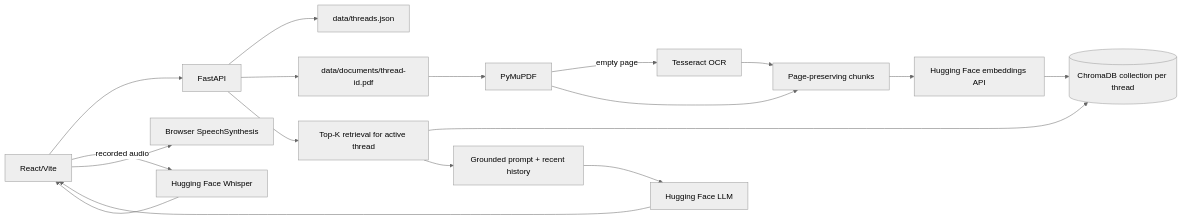
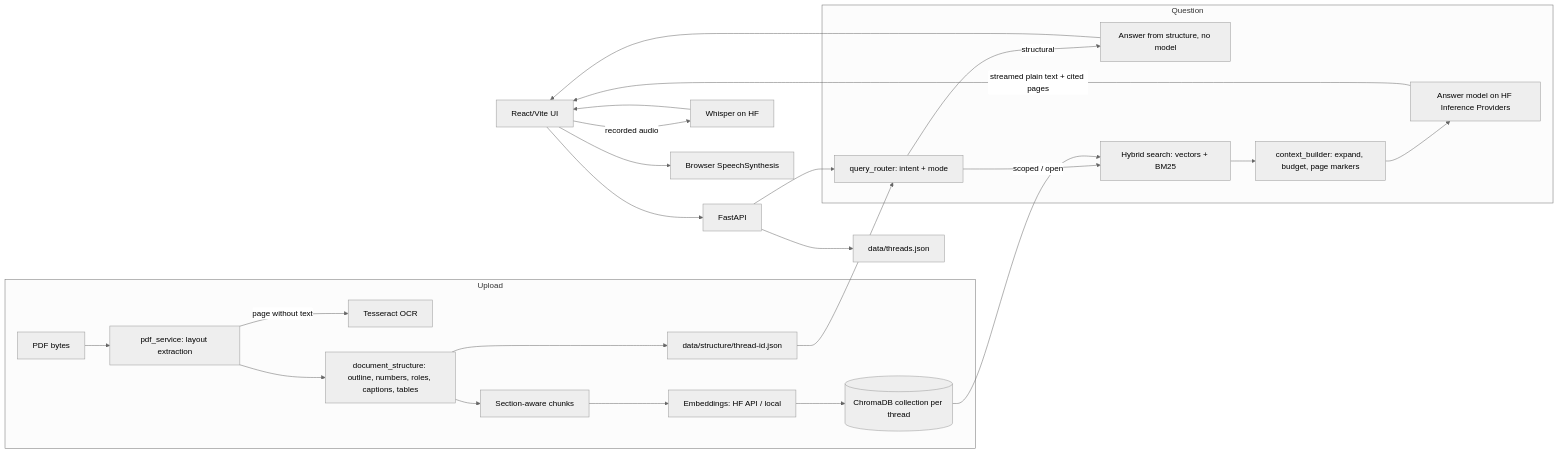
The diagram in docs/architecture.md (Devanshi-athena/PDF-RAG), drawn with Mermaid (neutral theme) before and after one commit. The commit also changed other lines of this file and 25 other files, not shown here.

````diff
--- a/docs/architecture.md
+++ b/docs/architecture.md
@@ -5,20 +5,31 @@
 ```mermaid
 flowchart LR
-    UI[React/Vite] --> API[FastAPI]
-    API --> META[data/threads.json]
-    API --> PDF[data/documents/thread-id.pdf]
-    PDF --> EXTRACT[PyMuPDF]
-    EXTRACT -->|empty page| OCR[Tesseract OCR]
-    EXTRACT --> CHUNK[Page-preserving chunks]
-    OCR --> CHUNK
-    CHUNK --> EMBED[Hugging Face embeddings API]
-    EMBED --> DB[(ChromaDB collection per thread)]
-    API --> RETRIEVE[Top-K retrieval for active thread]
-    RETRIEVE --> DB
-    RETRIEVE --> PROMPT[Grounded prompt + recent history]
-    PROMPT --> LLM[Hugging Face LLM]
-    LLM --> UI
-    UI -->|recorded audio| ASR[Hugging Face Whisper]
+    UI[React/Vite UI] --> API[FastAPI]
+    API --> THREADS[data/threads.json]
+
+    subgraph Upload
+        PDF[PDF bytes] --> EXTRACT[pdf_service: layout extraction]
+        EXTRACT -->|page without text| OCR[Tesseract OCR]
+        EXTRACT --> STRUCT[document_structure: outline, numbers, roles, captions, tables]
+        STRUCT --> CHUNK[Section-aware chunks]
+        CHUNK --> EMBED[Embeddings: HF API / local]
+        EMBED --> DB[(ChromaDB collection per thread)]
+        STRUCT --> SFILE[data/structure/thread-id.json]
+    end
+
+    subgraph Question
+        ROUTER[query_router: intent + mode] -->|structural| DIRECT[Answer from structure, no model]
+        ROUTER -->|scoped / open| SEARCH[Hybrid search: vectors + BM25]
+        SEARCH --> CONTEXT[context_builder: expand, budget, page markers]
+        CONTEXT --> LLM[Answer model on HF Inference Providers]
+    end
+
+    API --> ROUTER
+    DB --> SEARCH
+    SFILE --> ROUTER
+    DIRECT --> UI
+    LLM -->|streamed plain text + cited pages| UI
+    UI -->|recorded audio| ASR[Whisper on HF]
     ASR --> UI
     UI --> TTS[Browser SpeechSynthesis]
 ```
````
